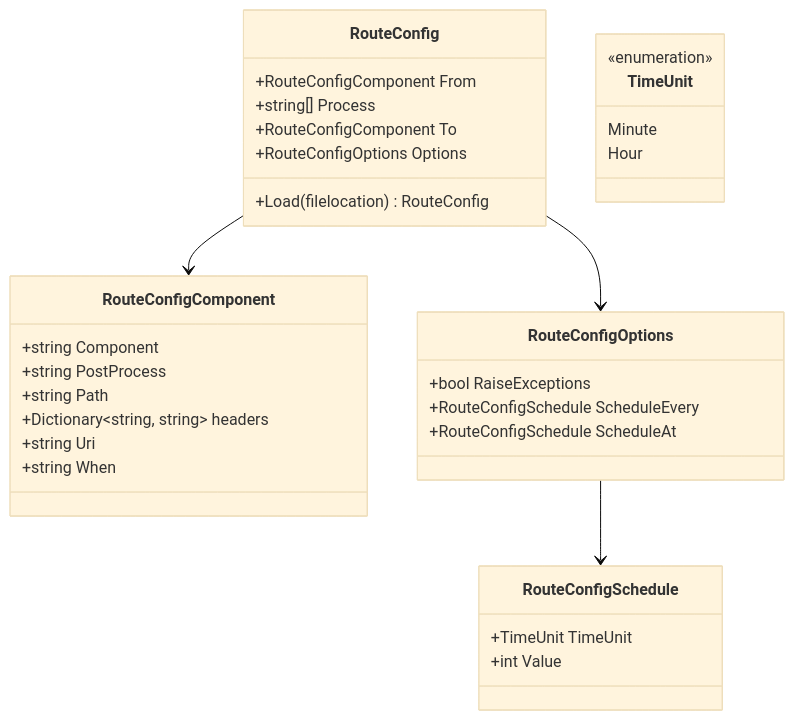
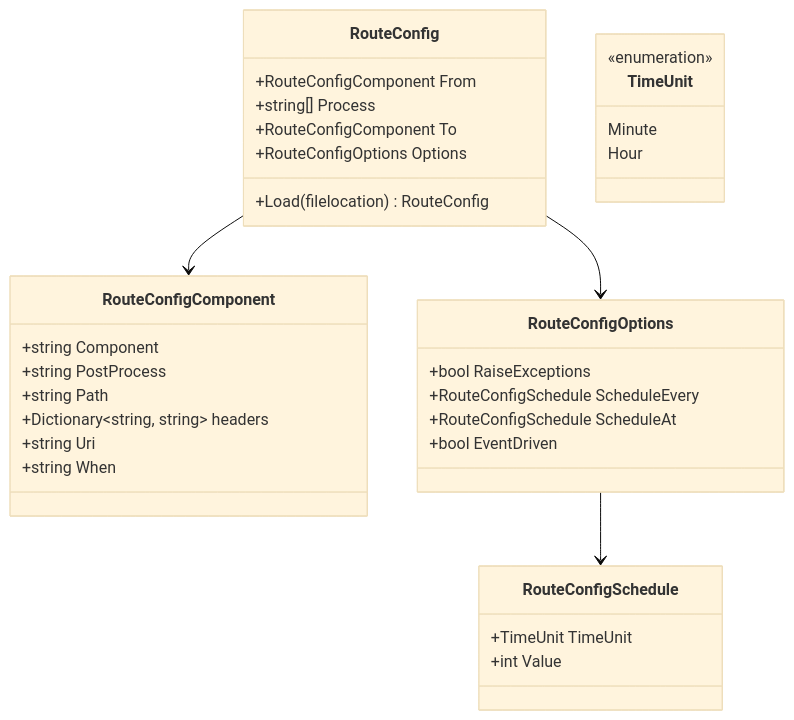
One commit to djsuperchief/Kyameru changed the diagram in site/src/getting_started.md. Above: the diagram before and after it, drawn with Mermaid (base theme). The commit also changed other lines of this file and 2 other files, not shown here.

````diff
--- a/site/src/getting_started.md
+++ b/site/src/getting_started.md
@@ -186,39 +216,40 @@
 ```mermaid
 classDiagram
     RouteConfig --> RouteConfigComponent
     RouteConfig --> RouteConfigOptions
     RouteConfigOptions --> RouteConfigSchedule
     class RouteConfig {
         +RouteConfigComponent From
         +string[] Process
         +RouteConfigComponent To
         +RouteConfigOptions Options
         +Load(filelocation) RouteConfig
     }
 
     class RouteConfigComponent {
        +string Component
        +string PostProcess
        +string Path
        +Dictionary~string, string~ headers
        +string Uri
        +string When
     }
 
     class RouteConfigOptions {
         +bool RaiseExceptions
         +RouteConfigSchedule ScheduleEvery
         +RouteConfigSchedule ScheduleAt
+        +bool EventDriven
     }
 
     class RouteConfigSchedule {
         +TimeUnit TimeUnit
         +int Value
     }
 
     class TimeUnit{
         <<enumeration>>
         Minute
         Hour
     }
 ```
````
